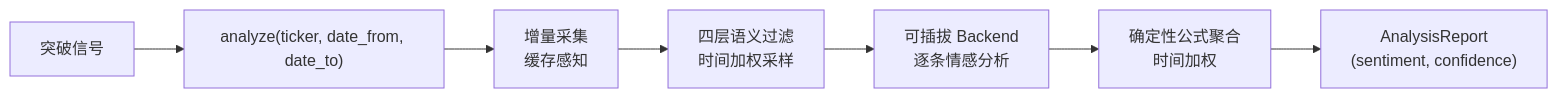
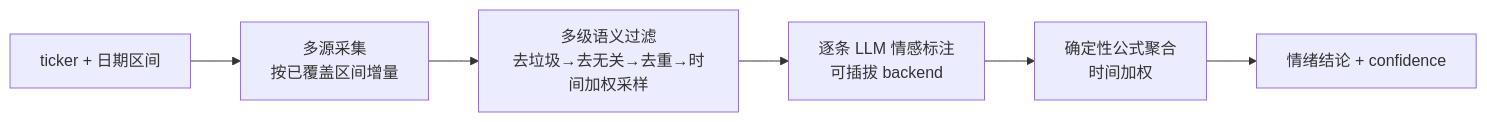
One commit to ufgtb24/Trade_Strategy changed the diagram in .claude/docs/modules/新闻情感分析.md. Above: the diagram before and after it, drawn with Mermaid. The commit also changed other lines of this file and 373 other files, not shown here.

````diff
--- a/.claude/docs/modules/新闻情感分析.md
+++ b/.claude/docs/modules/新闻情感分析.md
@@ -13,9 +14,8 @@
 ```mermaid
 flowchart LR
-    A[突破信号] --> B["analyze(ticker, date_from, date_to)"]
-    B --> C[增量采集<br/>缓存感知]
-    C --> D[四层语义过滤<br/>时间加权采样]
-    D --> E[可插拔 Backend<br/>逐条情感分析]
-    E --> F[确定性公式聚合<br/>时间加权]
-    F --> G["AnalysisReport<br/>(sentiment, confidence)"]
+    A[ticker + 日期区间] --> B[多源采集<br/>按已覆盖区间增量]
+    B --> C[多级语义过滤<br/>去垃圾→去无关→去重→时间加权采样]
+    C --> D[逐条 LLM 情感标注<br/>可插拔 backend]
+    D --> E[确定性公式聚合<br/>时间加权]
+    E --> F[情绪结论 + confidence]
 ```
````
